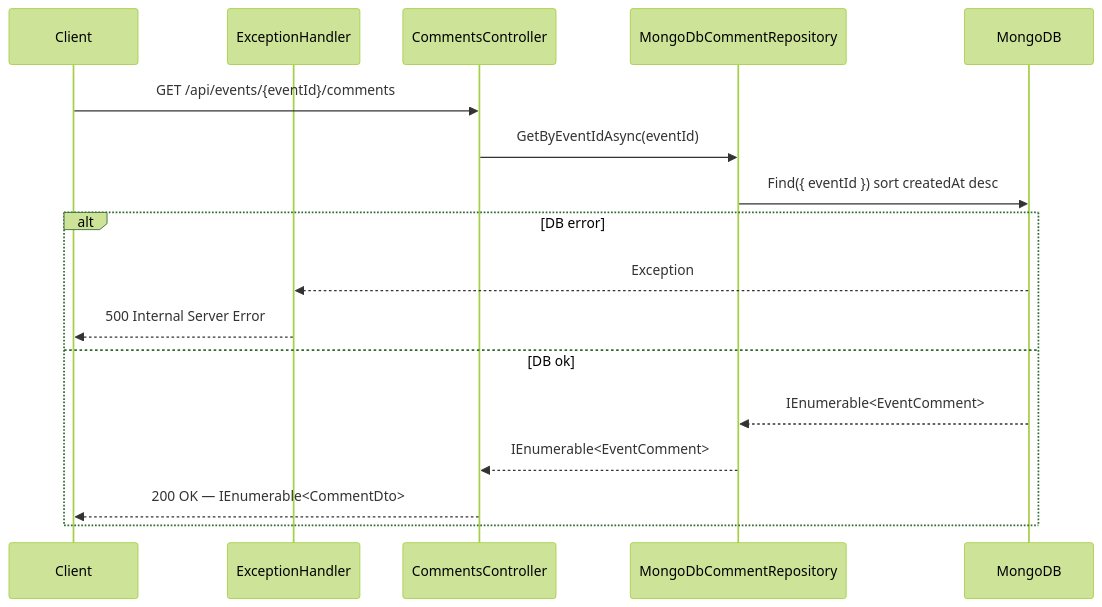
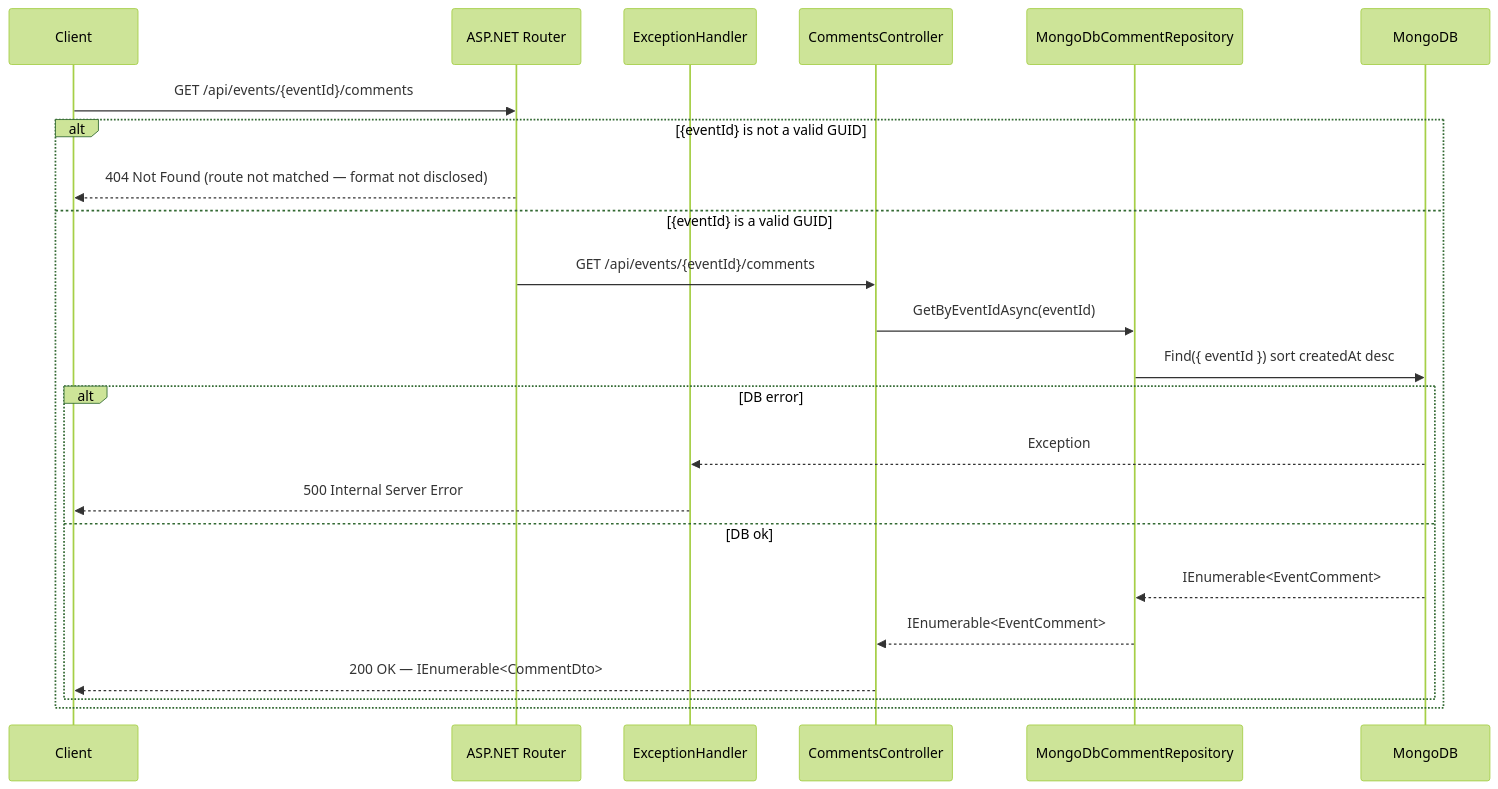
One commit to LaurentCondoure/EventManager changed the diagram in documents/Technical/flows/GET-comments.md. Above: the diagram before and after it, drawn with Mermaid (forest theme). The commit also changed 2 other files, not shown here.

Commit message:
docs: add ASP.NET router to request sequences diagrams

````diff
--- a/documents/Technical/flows/GET-comments.md
+++ b/documents/Technical/flows/GET-comments.md
@@ -1,20 +1,26 @@
 ```mermaid
 sequenceDiagram
     participant Client
+    participant Router as ASP.NET Router
     participant EH as ExceptionHandler
     participant API as CommentsController
     participant Repo as MongoDbCommentRepository
     participant Mongo as MongoDB
 
-    Client->>API: GET /api/events/{eventId}/comments
-    API->>Repo: GetByEventIdAsync(eventId)
-    Repo->>Mongo: Find({ eventId }) sort createdAt desc
-    alt DB error
-        Mongo-->>EH: Exception
-        EH-->>Client: 500 Internal Server Error
-    else DB ok
-        Mongo-->>Repo: IEnumerable<EventComment>
-        Repo-->>API: IEnumerable<EventComment>
-        API-->>Client: 200 OK — IEnumerable<CommentDto>
+    Client->>Router: GET /api/events/{eventId}/comments
+    alt {eventId} is not a valid GUID
+        Router-->>Client: 404 Not Found (route not matched — format not disclosed)
+    else {eventId} is a valid GUID
+        Router->>API: GET /api/events/{eventId}/comments
+        API->>Repo: GetByEventIdAsync(eventId)
+        Repo->>Mongo: Find({ eventId }) sort createdAt desc
+        alt DB error
+            Mongo-->>EH: Exception
+            EH-->>Client: 500 Internal Server Error
+        else DB ok
+            Mongo-->>Repo: IEnumerable<EventComment>
+            Repo-->>API: IEnumerable<EventComment>
+            API-->>Client: 200 OK — IEnumerable<CommentDto>
+        end
     end
 ```
````
